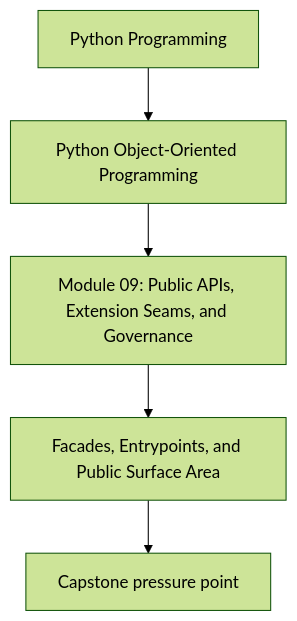
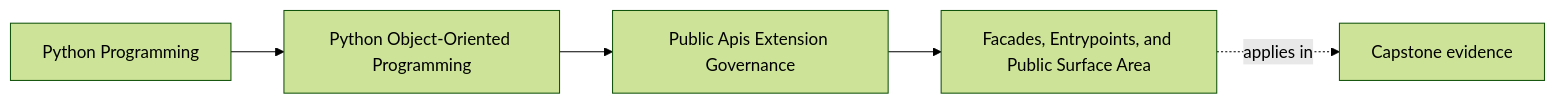
Before and after one commit to bijux/bijux-masterclass: the first of 2 diagrams in programs/python-programming/python-object-oriented-programming/course-book/module-09-public-apis-extension-governance/facades-entrypoints-and-public-surface-area.md, drawn with Mermaid (forest theme). The commit also changed other lines of this file and 103 other files, not shown here.

Commit message:
docs(python-object-oriented-programming): map sustainment and capstone surfaces

````diff
--- a/programs/python-programming/python-object-oriented-programming/course-book/module-09-public-apis-extension-governance/facades-entrypoints-and-public-surface-area.md
+++ b/programs/python-programming/python-object-oriented-programming/course-book/module-09-public-apis-extension-governance/facades-entrypoints-and-public-surface-area.md
@@ -7,7 +7,11 @@
 ```mermaid
-flowchart TD
-  family["Python Programming"] --> program["Python Object-Oriented Programming"]
-  program --> module["Module 09: Public APIs, Extension Seams, and Governance"]
-  module --> concept["Facades, Entrypoints, and Public Surface Area"]
-  concept --> capstone["Capstone pressure point"]
+graph LR
+  family["Python Programming"]
+  program["Python Object-Oriented Programming"]
+  section["Public Apis Extension Governance"]
+  page["Facades, Entrypoints, and Public Surface Area"]
+  capstone["Capstone evidence"]
+
+  family --> program --> section --> page
+  page -.applies in.-> capstone
 ```
````
